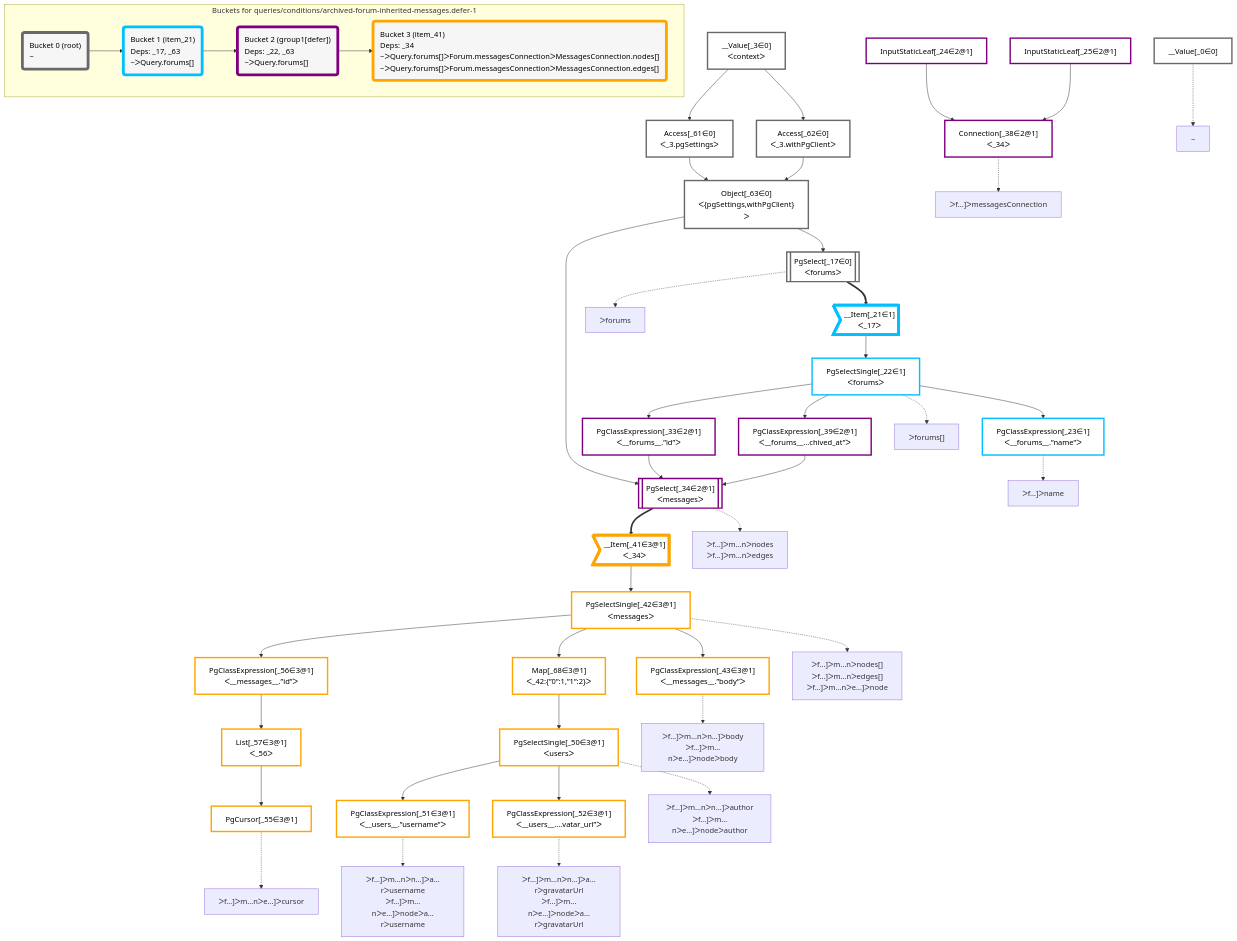
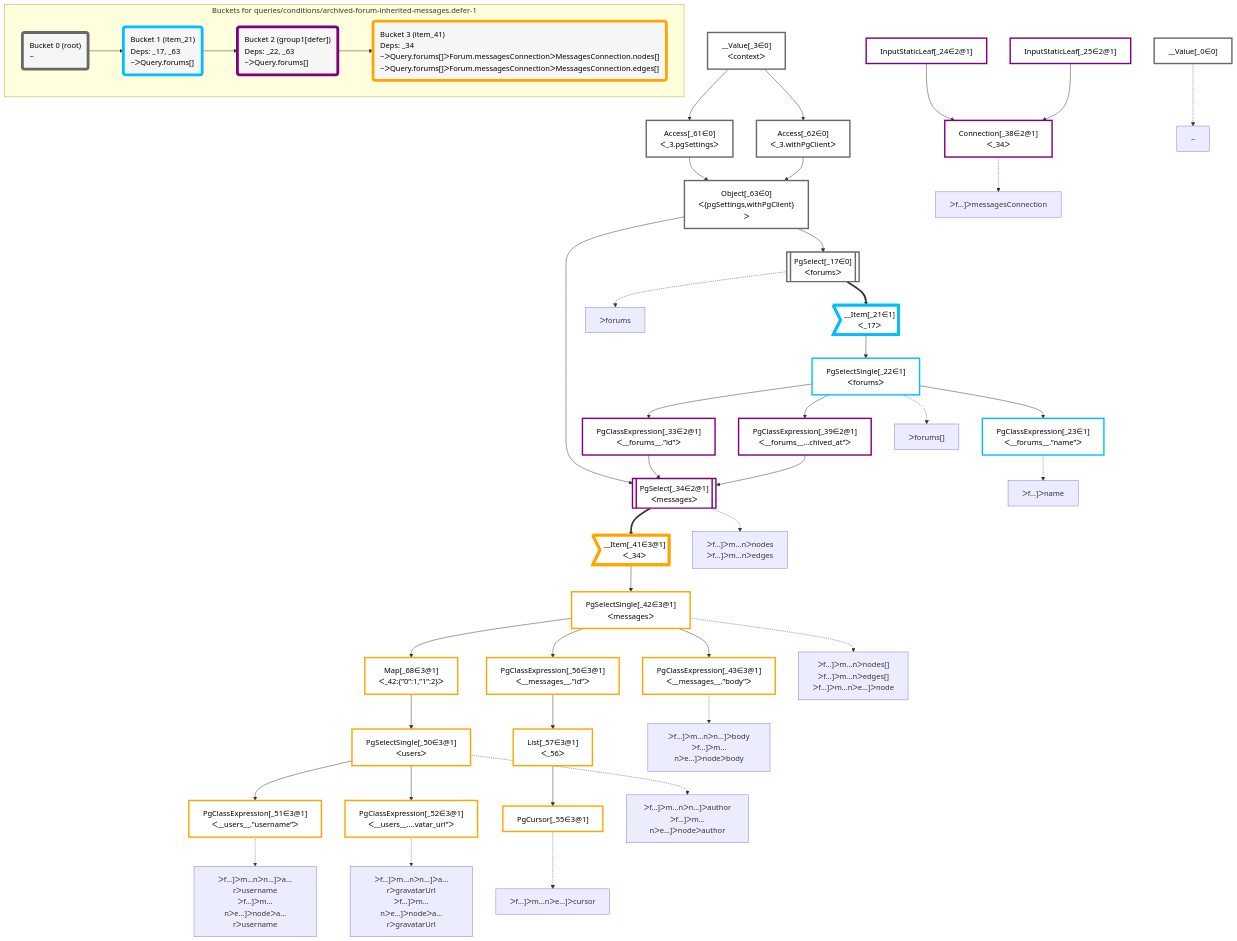
Before and after one commit to graphile/crystal: the diagram in packages/dataplan-pg/__tests__/queries/conditions/archived-forum-inherited-messages.defer-1.mermaid.md, drawn with Mermaid. The commit also changed other lines of this file and 195 other files, not shown here.

```diff
--- a/packages/dataplan-pg/__tests__/queries/conditions/archived-forum-inherited-messages.defer-1.mermaid.md
+++ b/packages/dataplan-pg/__tests__/queries/conditions/archived-forum-inherited-messages.defer-1.mermaid.md
@@ -9,53 +9,53 @@
 
     %% define plans
     __Value_0["__Value[_0∈0]"]:::plan
+    PgClassExpression_23["PgClassExpression[_23∈1]<br />ᐸ__forums__.”name”ᐳ"]:::plan
+    PgClassExpression_43["PgClassExpression[_43∈3@1]<br />ᐸ__messages__.”body”ᐳ"]:::plan
+    PgClassExpression_51["PgClassExpression[_51∈3@1]<br />ᐸ__users__.”username”ᐳ"]:::plan
+    PgClassExpression_52["PgClassExpression[_52∈3@1]<br />ᐸ__users__....vatar_url”ᐳ"]:::plan
+    PgSelectSingle_50["PgSelectSingle[_50∈3@1]<br />ᐸusersᐳ"]:::plan
+    Map_68["Map[_68∈3@1]<br />ᐸ_42:{”0”:1,”1”:2}ᐳ"]:::plan
+    PgCursor_55["PgCursor[_55∈3@1]"]:::plan
+    List_57["List[_57∈3@1]<br />ᐸ_56ᐳ"]:::plan
+    PgClassExpression_56["PgClassExpression[_56∈3@1]<br />ᐸ__messages__.”id”ᐳ"]:::plan
+    PgSelectSingle_42["PgSelectSingle[_42∈3@1]<br />ᐸmessagesᐳ"]:::plan
+    __Item_41>"__Item[_41∈3@1]<br />ᐸ_34ᐳ"]:::itemplan
+    PgSelect_34[["PgSelect[_34∈2@1]<br />ᐸmessagesᐳ"]]:::plan
+    PgClassExpression_33["PgClassExpression[_33∈2@1]<br />ᐸ__forums__.”id”ᐳ"]:::plan
+    PgClassExpression_39["PgClassExpression[_39∈2@1]<br />ᐸ__forums__...chived_at”ᐳ"]:::plan
+    PgSelectSingle_22["PgSelectSingle[_22∈1]<br />ᐸforumsᐳ"]:::plan
+    __Item_21>"__Item[_21∈1]<br />ᐸ_17ᐳ"]:::itemplan
+    PgSelect_17[["PgSelect[_17∈0]<br />ᐸforumsᐳ"]]:::plan
+    Object_63["Object[_63∈0]<br />ᐸ{pgSettings,withPgClient}ᐳ"]:::plan
+    Access_61["Access[_61∈0]<br />ᐸ_3.pgSettingsᐳ"]:::plan
+    Access_62["Access[_62∈0]<br />ᐸ_3.withPgClientᐳ"]:::plan
     __Value_3["__Value[_3∈0]<br />ᐸcontextᐳ"]:::plan
-    PgSelect_17[["PgSelect[_17∈0]<br />ᐸforumsᐳ"]]:::plan
-    __Item_21>"__Item[_21∈1]<br />ᐸ_17ᐳ"]:::itemplan
-    PgSelectSingle_22["PgSelectSingle[_22∈1]<br />ᐸforumsᐳ"]:::plan
-    PgClassExpression_23["PgClassExpression[_23∈1]<br />ᐸ__forums__.”name”ᐳ"]:::plan
+    Connection_38["Connection[_38∈2@1]<br />ᐸ_34ᐳ"]:::plan
     InputStaticLeaf_24["InputStaticLeaf[_24∈2@1]"]:::plan
     InputStaticLeaf_25["InputStaticLeaf[_25∈2@1]"]:::plan
-    PgClassExpression_33["PgClassExpression[_33∈2@1]<br />ᐸ__forums__.”id”ᐳ"]:::plan
-    PgSelect_34[["PgSelect[_34∈2@1]<br />ᐸmessagesᐳ"]]:::plan
-    Connection_38["Connection[_38∈2@1]<br />ᐸ_34ᐳ"]:::plan
-    PgClassExpression_39["PgClassExpression[_39∈2@1]<br />ᐸ__forums__...chived_at”ᐳ"]:::plan
-    __Item_41>"__Item[_41∈3@1]<br />ᐸ_34ᐳ"]:::itemplan
-    PgSelectSingle_42["PgSelectSingle[_42∈3@1]<br />ᐸmessagesᐳ"]:::plan
-    PgClassExpression_43["PgClassExpression[_43∈3@1]<br />ᐸ__messages__.”body”ᐳ"]:::plan
-    PgSelectSingle_50["PgSelectSingle[_50∈3@1]<br />ᐸusersᐳ"]:::plan
-    PgClassExpression_51["PgClassExpression[_51∈3@1]<br />ᐸ__users__.”username”ᐳ"]:::plan
-    PgClassExpression_52["PgClassExpression[_52∈3@1]<br />ᐸ__users__....vatar_url”ᐳ"]:::plan
-    PgCursor_55["PgCursor[_55∈3@1]"]:::plan
-    PgClassExpression_56["PgClassExpression[_56∈3@1]<br />ᐸ__messages__.”id”ᐳ"]:::plan
-    List_57["List[_57∈3@1]<br />ᐸ_56ᐳ"]:::plan
-    Access_61["Access[_61∈0]<br />ᐸ_3.pgSettingsᐳ"]:::plan
-    Access_62["Access[_62∈0]<br />ᐸ_3.withPgClientᐳ"]:::plan
-    Object_63["Object[_63∈0]<br />ᐸ{pgSettings,withPgClient}ᐳ"]:::plan
-    Map_68["Map[_68∈3@1]<br />ᐸ_42:{”0”:1,”1”:2}ᐳ"]:::plan
 
     %% plan dependencies
-    Object_63 --> PgSelect_17
-    PgSelect_17 ==> __Item_21
-    __Item_21 --> PgSelectSingle_22
     PgSelectSingle_22 --> PgClassExpression_23
-    PgSelectSingle_22 --> PgClassExpression_33
-    Object_63 & PgClassExpression_33 & PgClassExpression_39 --> PgSelect_34
-    InputStaticLeaf_24 & InputStaticLeaf_25 --> Connection_38
-    PgSelectSingle_22 --> PgClassExpression_39
-    PgSelect_34 ==> __Item_41
-    __Item_41 --> PgSelectSingle_42
     PgSelectSingle_42 --> PgClassExpression_43
-    Map_68 --> PgSelectSingle_50
     PgSelectSingle_50 --> PgClassExpression_51
     PgSelectSingle_50 --> PgClassExpression_52
+    Map_68 --> PgSelectSingle_50
+    PgSelectSingle_42 --> Map_68
     List_57 --> PgCursor_55
+    PgClassExpression_56 --> List_57
     PgSelectSingle_42 --> PgClassExpression_56
-    PgClassExpression_56 --> List_57
+    __Item_41 --> PgSelectSingle_42
+    PgSelect_34 ==> __Item_41
+    Object_63 & PgClassExpression_33 & PgClassExpression_39 --> PgSelect_34
+    PgSelectSingle_22 --> PgClassExpression_33
+    PgSelectSingle_22 --> PgClassExpression_39
+    __Item_21 --> PgSelectSingle_22
+    PgSelect_17 ==> __Item_21
+    Object_63 --> PgSelect_17
+    Access_61 & Access_62 --> Object_63
     __Value_3 --> Access_61
     __Value_3 --> Access_62
-    Access_61 & Access_62 --> Object_63
-    PgSelectSingle_42 --> Map_68
+    InputStaticLeaf_24 & InputStaticLeaf_25 --> Connection_38
 
     %% plan-to-path relationships
     P_0["~"]
```
